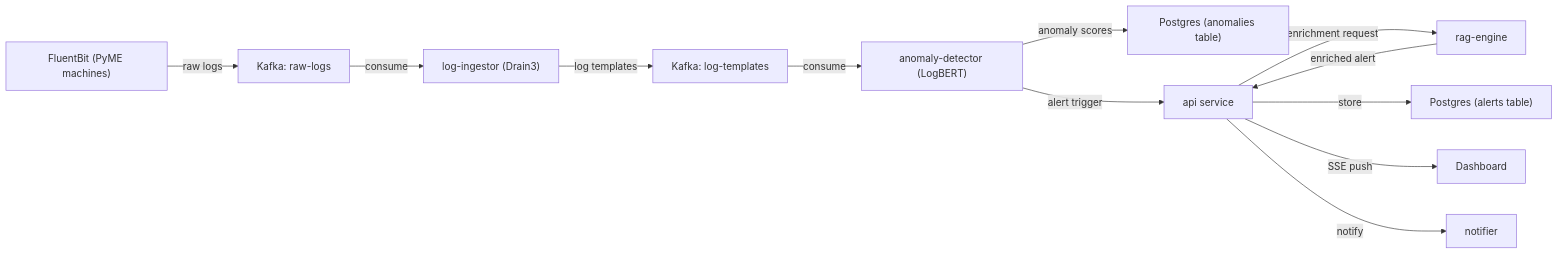
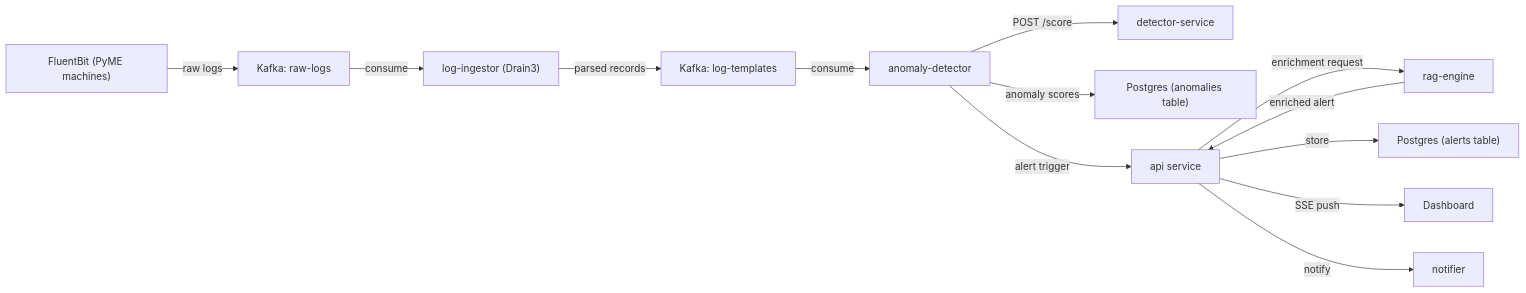
Before and after one commit to SerraFacundo/anomaly-watch: the third of 5 diagrams in ARCHITECTURE.md, drawn with Mermaid. The commit also changed other lines of this file and 34 other files, not shown here.

````diff
--- a/ARCHITECTURE.md
+++ b/ARCHITECTURE.md
@@ -166,14 +190,15 @@
 ```mermaid
 flowchart LR
     FB["FluentBit (PyME machines)"] -->|raw logs| K1["Kafka: raw-logs"]
     K1 -->|consume| LI["log-ingestor (Drain3)"]
-    LI -->|log templates| K2["Kafka: log-templates"]
-    K2 -->|consume| AD["anomaly-detector (LogBERT)"]
+    LI -->|parsed records| K2["Kafka: log-templates"]
+    K2 -->|consume| AD["anomaly-detector"]
+    AD -->|"POST /score"| DS2["detector-service"]
     AD -->|anomaly scores| PG["Postgres (anomalies table)"]
     AD -->|alert trigger| API["api service"]
     API -->|enrichment request| RAG["rag-engine"]
     RAG -->|enriched alert| API
     API -->|store| PG2["Postgres (alerts table)"]
     API -->|SSE push| DASH["Dashboard"]
     API -->|notify| NOT["notifier"]
 ```
````
